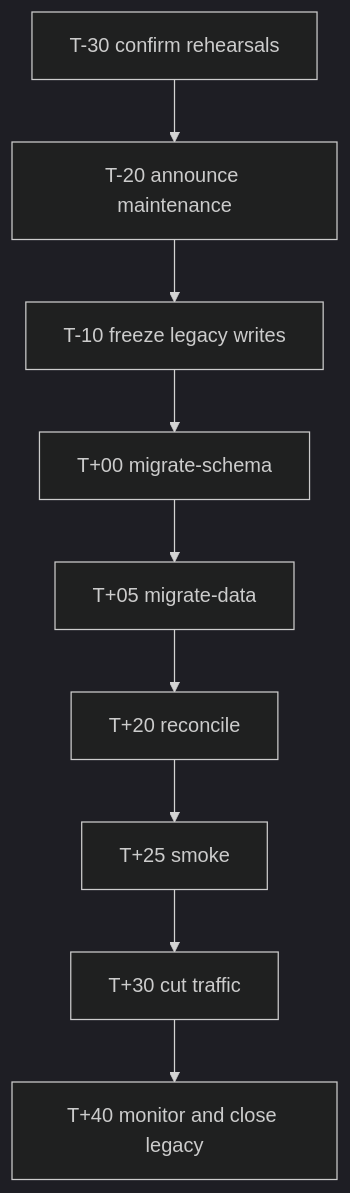
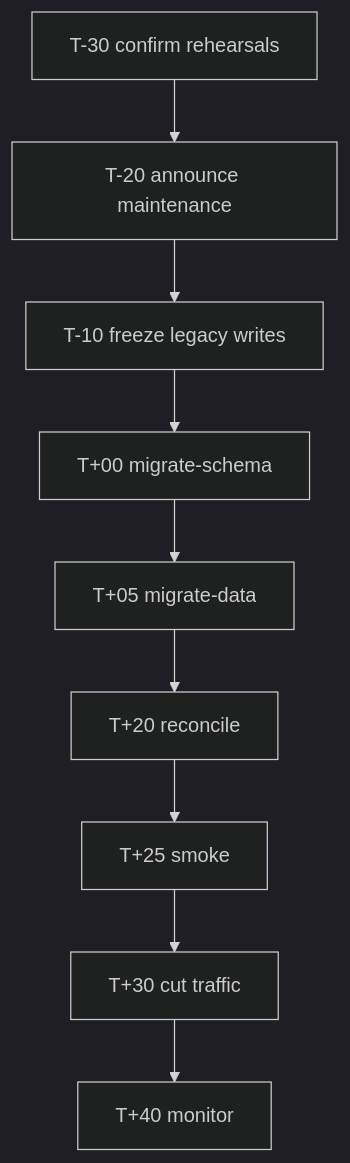
Before and after one commit to cnodejs/cnode-next: the second of 2 diagrams in docs/migration-runbook.md, drawn with Mermaid (dark theme). The commit also changed other lines of this file and 67 other files, not shown here.

````diff
--- a/docs/migration-runbook.md
+++ b/docs/migration-runbook.md
@@ -134,11 +99,11 @@
 ```mermaid
 flowchart TD
   T30[T-30 confirm rehearsals] --> T20[T-20 announce maintenance]
   T20 --> T10[T-10 freeze legacy writes]
   T10 --> T00[T+00 migrate-schema]
   T00 --> T05[T+05 migrate-data]
   T05 --> T20B[T+20 reconcile]
   T20B --> T25[T+25 smoke]
   T25 --> T30B[T+30 cut traffic]
-  T30B --> T40[T+40 monitor and close legacy]
+  T30B --> T40[T+40 monitor]
 ```
````
